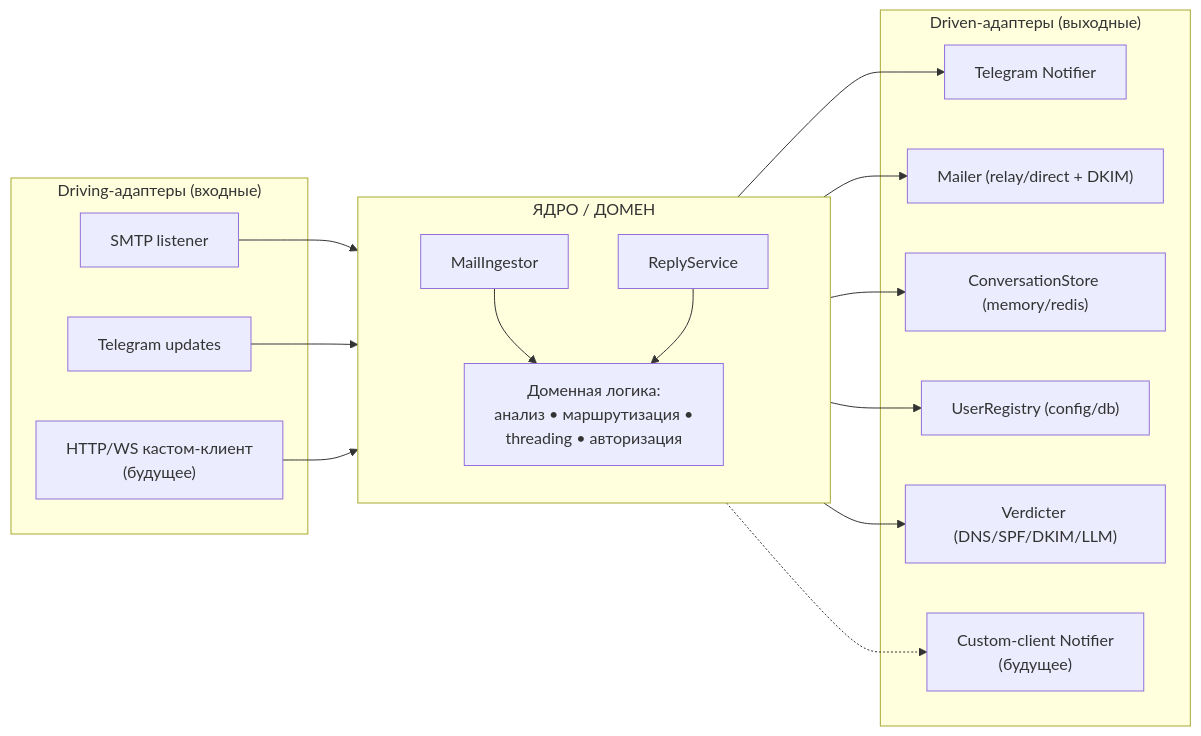
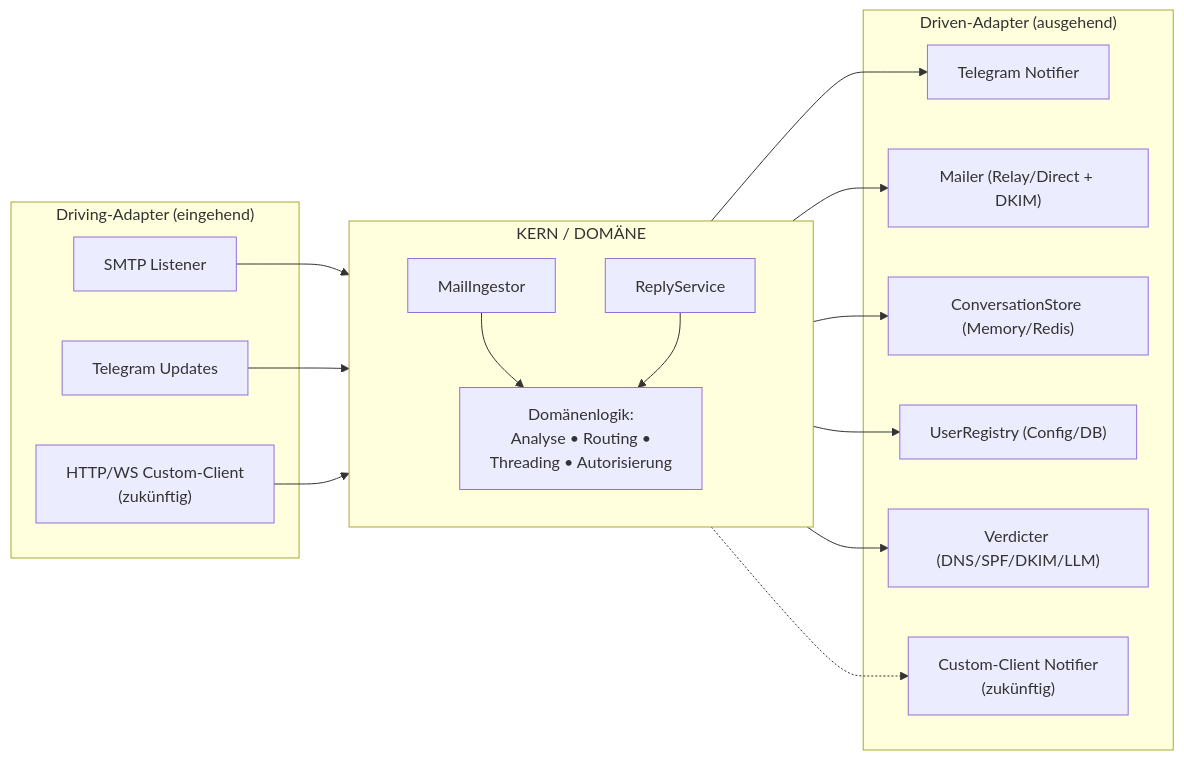
One commit to Alex84K/smpt_pet_proj changed the first of 3 diagrams in docs/ARCHITECTURE.md. Above: the diagram before and after it, drawn with Mermaid. The commit also changed other lines of this file and 4 other files, not shown here.

````diff
--- a/docs/ARCHITECTURE.md
+++ b/docs/ARCHITECTURE.md
@@ -94,37 +99,37 @@
 ```mermaid
 flowchart LR
-    subgraph DRIVING["Driving-адаптеры (входные)"]
-        SMTP["SMTP listener"]
-        TGIN["Telegram updates"]
-        HTTP["HTTP/WS кастом-клиент<br/>(будущее)"]
+    subgraph DRIVING["Driving-Adapter (eingehend)"]
+        SMTP["SMTP Listener"]
+        TGIN["Telegram Updates"]
+        HTTP["HTTP/WS Custom-Client<br/>(zukünftig)"]
     end
 
-    subgraph CORE["ЯДРО / ДОМЕН"]
+    subgraph CORE["KERN / DOMÄNE"]
         direction TB
         UC1["MailIngestor"]
         UC2["ReplyService"]
-        DOM["Доменная логика:<br/>анализ • маршрутизация •<br/>threading • авторизация"]
+        DOM["Domänenlogik:<br/>Analyse • Routing •<br/>Threading • Autorisierung"]
         UC1 --> DOM
         UC2 --> DOM
     end
 
-    subgraph DRIVEN["Driven-адаптеры (выходные)"]
+    subgraph DRIVEN["Driven-Adapter (ausgehend)"]
         NOTIF["Telegram Notifier"]
-        MAILER["Mailer (relay/direct + DKIM)"]
-        STORE["ConversationStore (memory/redis)"]
-        REG["UserRegistry (config/db)"]
+        MAILER["Mailer (Relay/Direct + DKIM)"]
+        STORE["ConversationStore (Memory/Redis)"]
+        REG["UserRegistry (Config/DB)"]
         VERD["Verdicter (DNS/SPF/DKIM/LLM)"]
-        CUSTOM["Custom-client Notifier<br/>(будущее)"]
+        CUSTOM["Custom-Client Notifier<br/>(zukünftig)"]
     end
 
     SMTP --> UC1
     TGIN --> UC2
     HTTP --> UC2
 
     DOM --> NOTIF
     DOM --> MAILER
     DOM --> STORE
     DOM --> REG
     DOM --> VERD
     DOM -.-> CUSTOM
 ```
````
